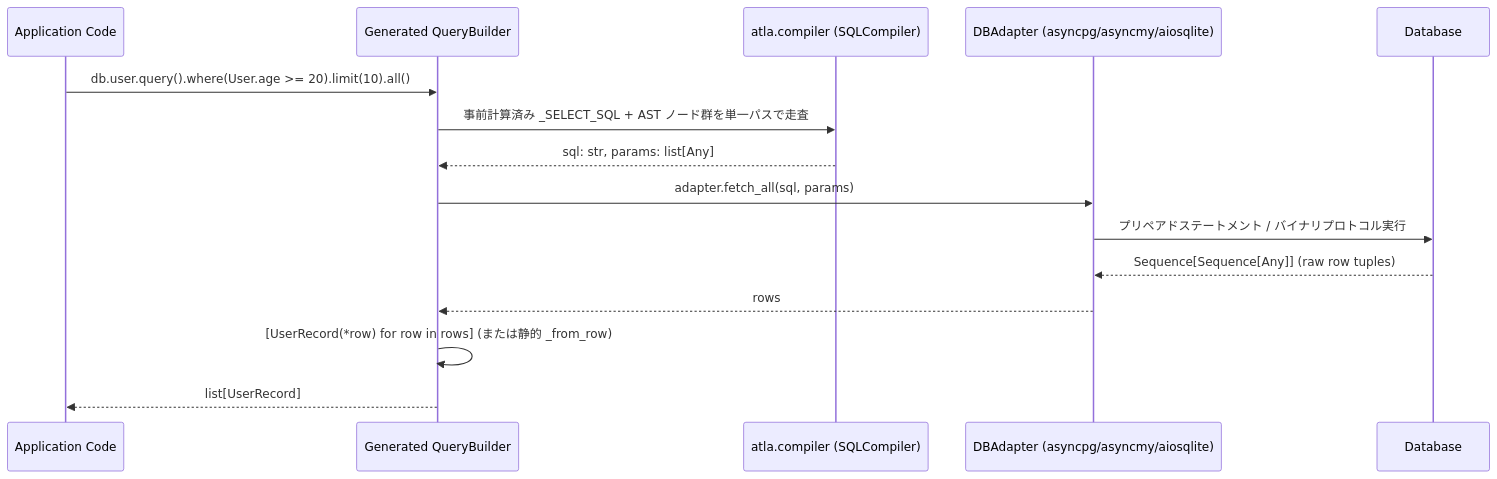
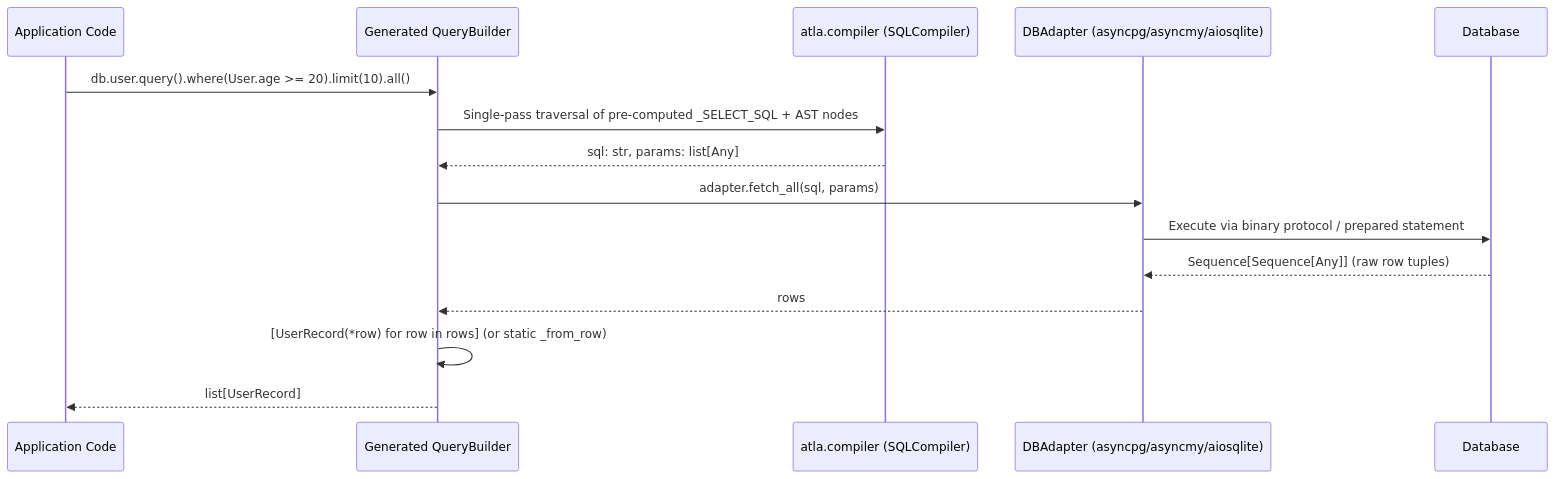
One commit to hirokazumiyaji/atla changed the second of 2 diagrams in docs/architecture.md. Above: the diagram before and after it, drawn with Mermaid. The commit also changed other lines of this file and 4 other files, not shown here.

````diff
--- a/docs/architecture.md
+++ b/docs/architecture.md
@@ -133,18 +133,18 @@
 ```mermaid
 sequenceDiagram
     participant App as Application Code
     participant QB as Generated QueryBuilder
     participant Comp as atla.compiler (SQLCompiler)
     participant Adp as DBAdapter (asyncpg/asyncmy/aiosqlite)
     participant DB as Database
 
     App->>QB: db.user.query().where(User.age >= 20).limit(10).all()
-    QB->>Comp: 事前計算済み _SELECT_SQL + AST ノード群を単一パスで走査
+    QB->>Comp: Single-pass traversal of pre-computed _SELECT_SQL + AST nodes
     Comp-->>QB: sql: str, params: list[Any]
     QB->>Adp: adapter.fetch_all(sql, params)
-    Adp->>DB: プリペアドステートメント / バイナリプロトコル実行
+    Adp->>DB: Execute via binary protocol / prepared statement
     DB-->>Adp: Sequence[Sequence[Any]] (raw row tuples)
     Adp-->>QB: rows
-    QB->>QB: [UserRecord(*row) for row in rows] (または静的 _from_row)
+    QB->>QB: [UserRecord(*row) for row in rows] (or static _from_row)
     QB-->>App: list[UserRecord]
 ```
````
